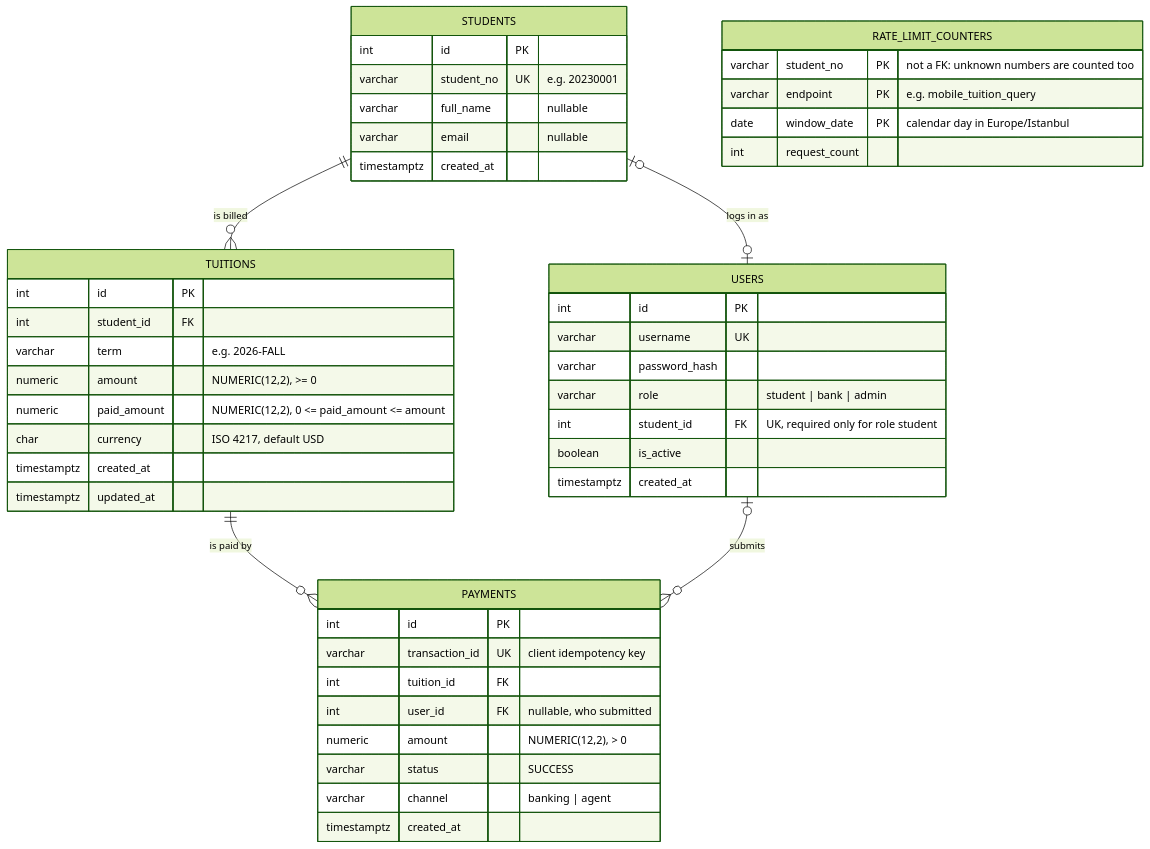
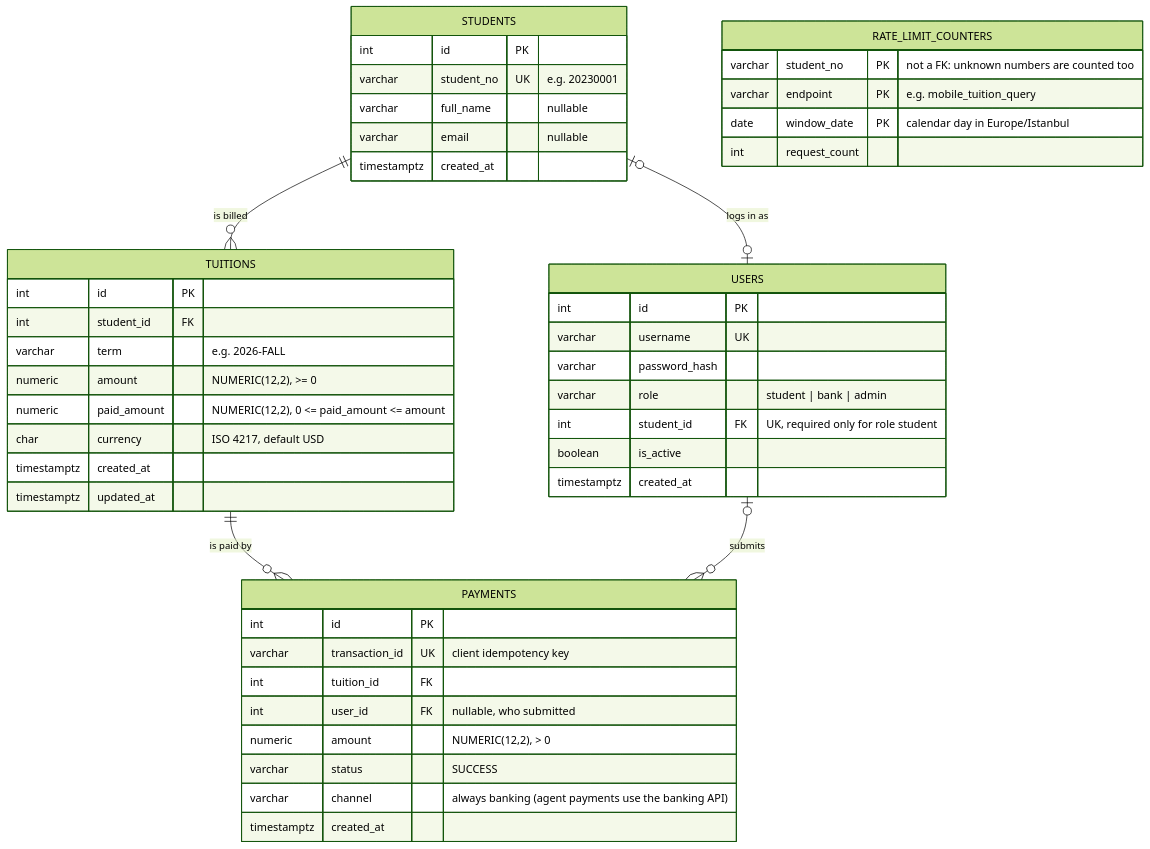
Before and after one commit to mozankaya/se4458-ai-tuition-assistant: the diagram in docs/er-diagram.md, drawn with Mermaid (forest theme).

````diff
--- a/docs/er-diagram.md
+++ b/docs/er-diagram.md
@@ -6,54 +6,54 @@
 ```mermaid
 erDiagram
     STUDENTS ||--o{ TUITIONS : "is billed"
     STUDENTS |o--o| USERS : "logs in as"
     TUITIONS ||--o{ PAYMENTS : "is paid by"
     USERS |o--o{ PAYMENTS : "submits"
 
     STUDENTS {
         int id PK
         varchar student_no UK "e.g. 20230001"
         varchar full_name "nullable"
         varchar email "nullable"
         timestamptz created_at
     }
 
     USERS {
         int id PK
         varchar username UK
         varchar password_hash
         varchar role "student | bank | admin"
         int student_id FK "UK, required only for role student"
         boolean is_active
         timestamptz created_at
     }
 
     TUITIONS {
         int id PK
         int student_id FK
         varchar term "e.g. 2026-FALL"
         numeric amount "NUMERIC(12,2), >= 0"
         numeric paid_amount "NUMERIC(12,2), 0 <= paid_amount <= amount"
         char currency "ISO 4217, default USD"
         timestamptz created_at
         timestamptz updated_at
     }
 
     PAYMENTS {
         int id PK
         varchar transaction_id UK "client idempotency key"
         int tuition_id FK
         int user_id FK "nullable, who submitted"
         numeric amount "NUMERIC(12,2), > 0"
         varchar status "SUCCESS"
-        varchar channel "banking | agent"
+        varchar channel "always banking (agent payments use the banking API)"
         timestamptz created_at
     }
 
     RATE_LIMIT_COUNTERS {
         varchar student_no PK "not a FK: unknown numbers are counted too"
         varchar endpoint PK "e.g. mobile_tuition_query"
         date window_date PK "calendar day in Europe/Istanbul"
         int request_count
     }
 ```
````
